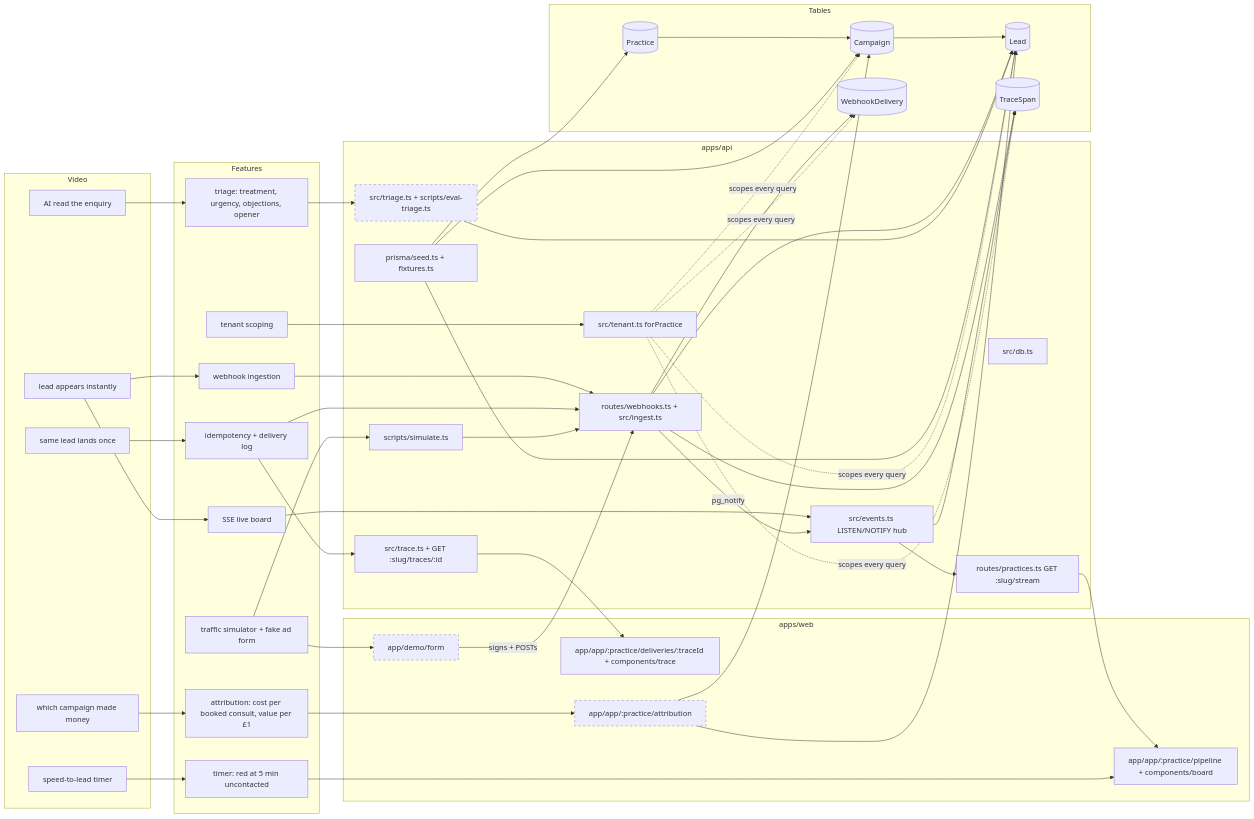
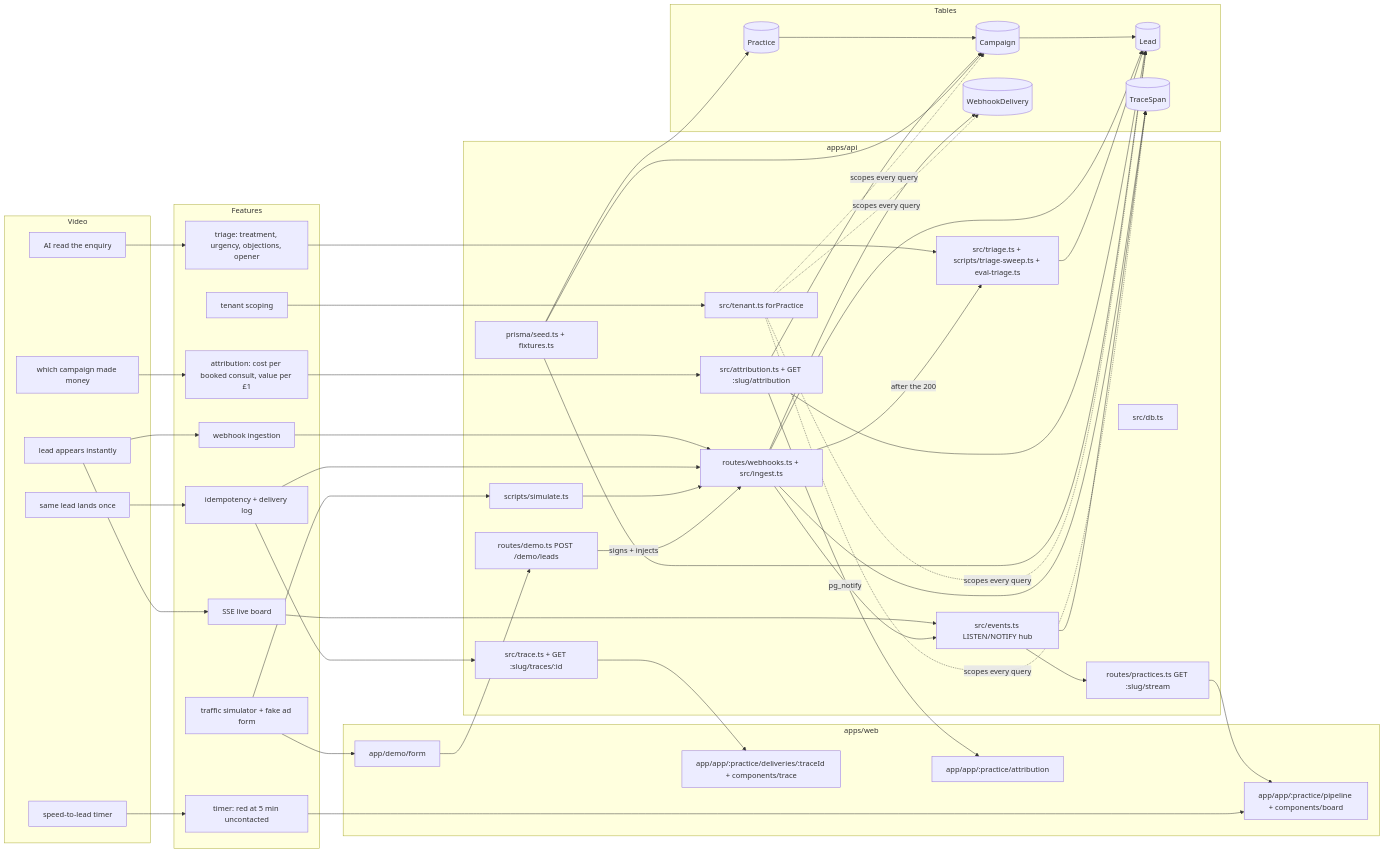
Before and after one commit to priyanshu14077/Leadline: the diagram in AGENTS.md, drawn with Mermaid. The commit also changed other lines of this file, not shown here.

Commit message:
docs(agents): record day 2 decisions and progress

````diff
--- a/AGENTS.md
+++ b/AGENTS.md
@@ -24,70 +24,72 @@
 ```mermaid
 graph LR
   subgraph Video
     V1[lead appears instantly]
     V2[speed-to-lead timer]
     V3[AI read the enquiry]
     V4[which campaign made money]
     V5[same lead lands once]
   end
 
   subgraph Features
     F_ING[webhook ingestion]
     F_SSE[SSE live board]
     F_TIMER[timer: red at 5 min uncontacted]
     F_TRI[triage: treatment, urgency, objections, opener]
     F_ATT[attribution: cost per booked consult, value per £1]
     F_IDEM[idempotency + delivery log]
     F_TEN[tenant scoping]
     F_SIM[traffic simulator + fake ad form]
   end
 
   subgraph API[apps/api]
     C_DB[src/db.ts]
     C_TEN[src/tenant.ts forPractice]
     C_ING[routes/webhooks.ts + src/ingest.ts]
     C_EV[src/events.ts LISTEN/NOTIFY hub]
     C_STREAM[routes/practices.ts GET :slug/stream]
     C_TRACE[src/trace.ts + GET :slug/traces/:id]
-    C_TRI[src/triage.ts + scripts/eval-triage.ts]
+    C_TRI[src/triage.ts + scripts/triage-sweep.ts + eval-triage.ts]
+    C_ATTR_API[src/attribution.ts + GET :slug/attribution]
+    C_DEMO[routes/demo.ts POST /demo/leads]
     C_SIM[scripts/simulate.ts]
     C_SEED[prisma/seed.ts + fixtures.ts]
   end
 
   subgraph WEB[apps/web]
     C_BOARD[app/app/:practice/pipeline + components/board]
     C_TSHEET[app/app/:practice/deliveries/:traceId + components/trace]
     C_ATT[app/app/:practice/attribution]
     C_FORM[app/demo/form]
   end
 
   subgraph Tables
     T_P[(Practice)]
     T_C[(Campaign)]
     T_L[(Lead)]
     T_W[(WebhookDelivery)]
     T_S[(TraceSpan)]
   end
 
   V1 --> F_ING --> C_ING
   V1 --> F_SSE --> C_EV --> C_STREAM --> C_BOARD
   V2 --> F_TIMER --> C_BOARD
   V3 --> F_TRI --> C_TRI
-  V4 --> F_ATT --> C_ATT
+  V4 --> F_ATT --> C_ATTR_API --> C_ATT
   V5 --> F_IDEM --> C_ING
   F_TEN --> C_TEN
   F_SIM --> C_SIM --> C_ING
-  F_SIM --> C_FORM -- signs + POSTs --> C_ING
+  F_SIM --> C_FORM --> C_DEMO -- signs + injects --> C_ING
+  C_ING -- after the 200 --> C_TRI
   F_IDEM --> C_TRACE --> C_TSHEET
   C_ING & C_EV --> T_S
   C_ING --> T_L & T_W
   C_ING -- pg_notify --> C_EV
   C_TRI --> T_L
-  C_ATT --> T_C & T_L
+  C_ATTR_API --> T_C & T_L
   C_SEED --> T_P & T_C & T_L
   C_TEN -. scopes every query .-> T_C & T_L & T_W & T_S
   T_P --> T_C --> T_L
 
   classDef todo stroke-dasharray:5 5
-  class C_TRI,C_ATT,C_FORM todo
 ```
````
